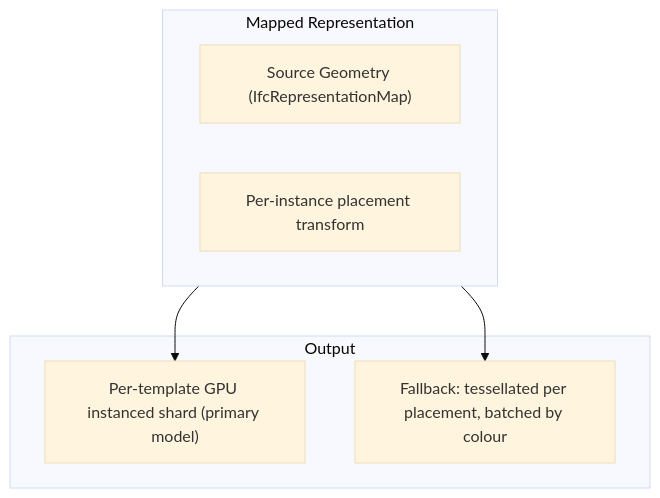
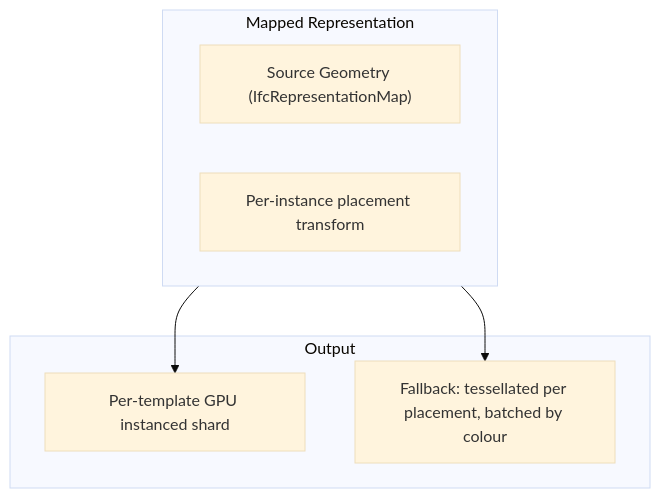
One commit to LTplus-AG/ifc-lite changed diagram 11 of 12 in docs/architecture/geometry-pipeline.md. Above: the diagram before and after it, drawn with Mermaid (base theme). The commit also changed other lines of this file and 8 other files, not shown here.

Commit message:
docs(architecture): drop unbacked perf figures and correct pipeline, IFNS and release-path details

````diff
--- a/docs/architecture/geometry-pipeline.md
+++ b/docs/architecture/geometry-pipeline.md
@@ -610,15 +610,15 @@
 ```mermaid
 flowchart TB
     subgraph Definition["Mapped Representation"]
         Source["Source Geometry (IfcRepresentationMap)"]
         Transform["Per-instance placement transform"]
     end
 
     subgraph Output["Output"]
-        Instanced["Per-template GPU instanced shard (primary model)"]
+        Instanced["Per-template GPU instanced shard"]
         Fallback["Fallback: tessellated per placement, batched by colour"]
     end
 
     Definition --> Instanced
     Definition --> Fallback
 ```
````
